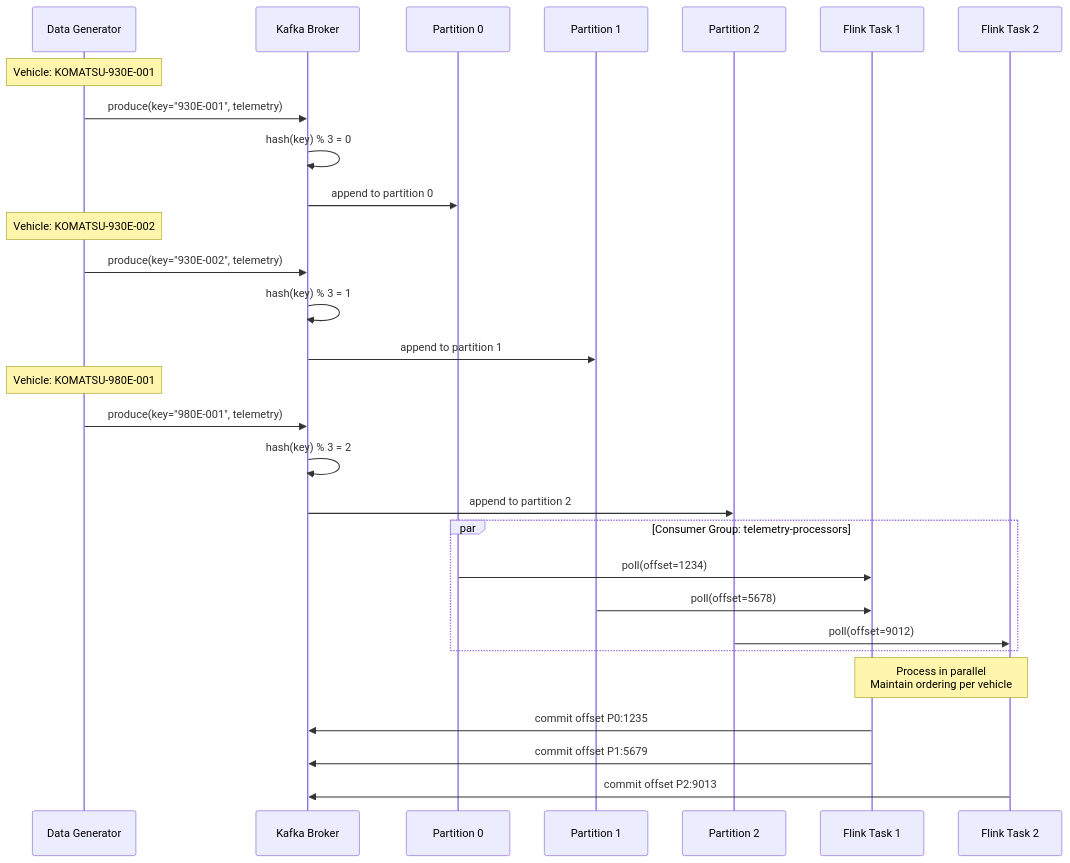
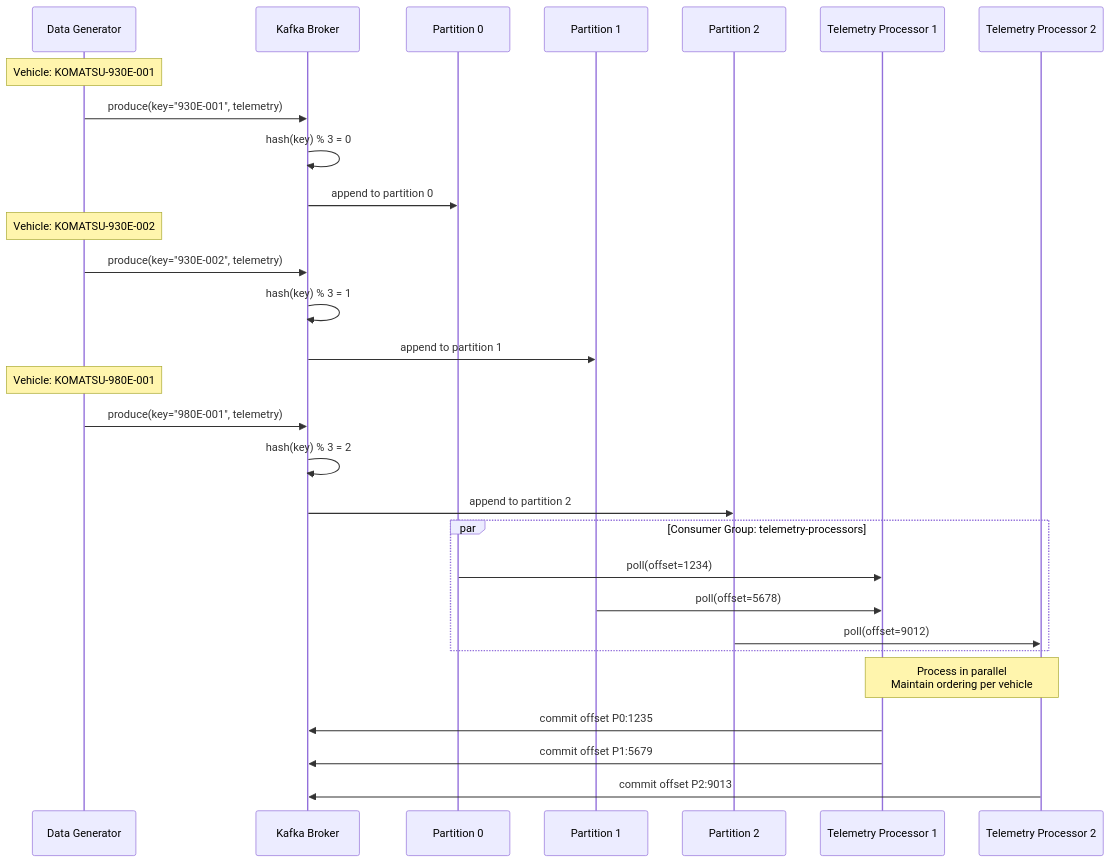
Before and after one commit to Shallako/ShuzAHS: diagram 13 of 18 in DIAGRAMS.md, drawn with Mermaid. The commit also changed other lines of this file and 3 other files, not shown here.

Commit message:
Migrate stream processing from Flink to Hazelcast Jet (embedded), update associated documentation, diagrams, and pipeline references, and remove outdated Flink-specific configurations and scripts.

````diff
--- a/DIAGRAMS.md
+++ b/DIAGRAMS.md
@@ -879,37 +872,37 @@
 ```mermaid
 sequenceDiagram
     participant DG as Data Generator
     participant K as Kafka Broker
     participant P0 as Partition 0
     participant P1 as Partition 1
     participant P2 as Partition 2
-    participant F1 as Flink Task 1
-    participant F2 as Flink Task 2
+    participant TP1 as Telemetry Processor 1
+    participant TP2 as Telemetry Processor 2
     
     Note over DG: Vehicle: KOMATSU-930E-001
     DG->>K: produce(key="930E-001", telemetry)
     K->>K: hash(key) % 3 = 0
     K->>P0: append to partition 0
     
     Note over DG: Vehicle: KOMATSU-930E-002
     DG->>K: produce(key="930E-002", telemetry)
     K->>K: hash(key) % 3 = 1
     K->>P1: append to partition 1
     
     Note over DG: Vehicle: KOMATSU-980E-001
     DG->>K: produce(key="980E-001", telemetry)
     K->>K: hash(key) % 3 = 2
     K->>P2: append to partition 2
     
     par Consumer Group: telemetry-processors
-        P0->>F1: poll(offset=1234)
-        P1->>F1: poll(offset=5678)
-        P2->>F2: poll(offset=9012)
+        P0->>TP1: poll(offset=1234)
+        P1->>TP1: poll(offset=5678)
+        P2->>TP2: poll(offset=9012)
     end
     
-    Note over F1,F2: Process in parallel<br/>Maintain ordering per vehicle
+    Note over TP1,TP2: Process in parallel<br/>Maintain ordering per vehicle
     
-    F1->>K: commit offset P0:1235
-    F1->>K: commit offset P1:5679
-    F2->>K: commit offset P2:9013
+    TP1->>K: commit offset P0:1235
+    TP1->>K: commit offset P1:5679
+    TP2->>K: commit offset P2:9013
 ```
````
